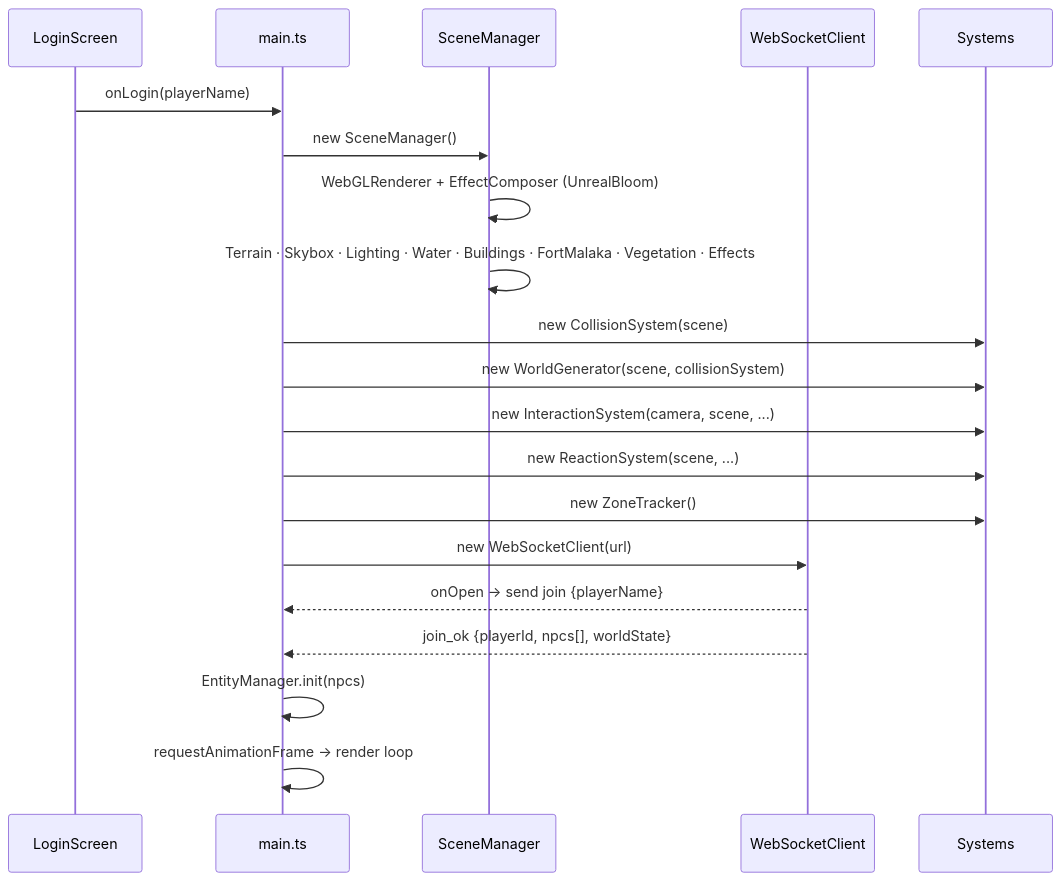
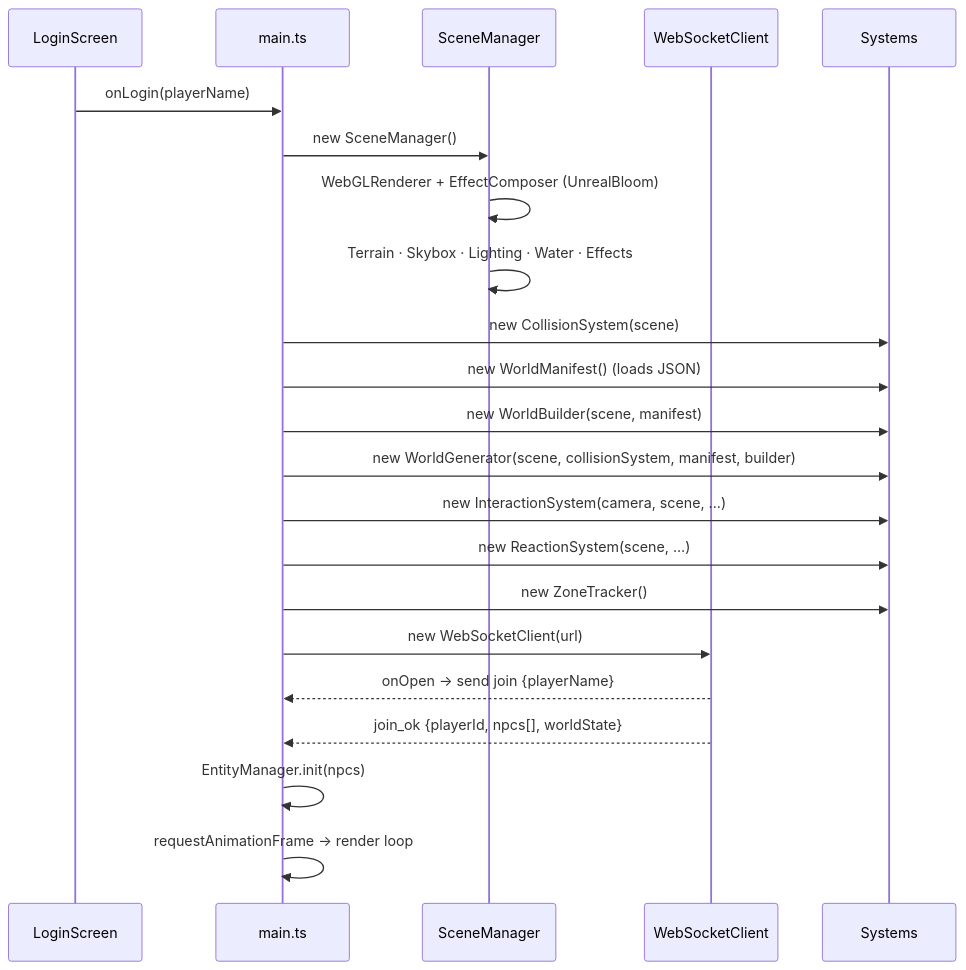
The second of 8 diagrams in client/ARCHITECTURE.md (Zaexv/world-of-prompcraft), drawn with Mermaid before and after one commit. The commit also changed other lines of this file and 1 other file, not shown here.

Commit message:
docs: update architecture docs for zonal manifest overhaul

````diff
--- a/client/ARCHITECTURE.md
+++ b/client/ARCHITECTURE.md
@@ -79,23 +79,25 @@
 ```mermaid
 sequenceDiagram
     participant L as LoginScreen
     participant M as main.ts
     participant SM as SceneManager
     participant WS as WebSocketClient
     participant SYS as Systems
 
     L->>M: onLogin(playerName)
     M->>SM: new SceneManager()
     SM->>SM: WebGLRenderer + EffectComposer (UnrealBloom)
-    SM->>SM: Terrain · Skybox · Lighting · Water · Buildings · FortMalaka · Vegetation · Effects
+    SM->>SM: Terrain · Skybox · Lighting · Water · Effects
     M->>SYS: new CollisionSystem(scene)
-    M->>SYS: new WorldGenerator(scene, collisionSystem)
+    M->>SYS: new WorldManifest() (loads JSON)
+    M->>SYS: new WorldBuilder(scene, manifest)
+    M->>SYS: new WorldGenerator(scene, collisionSystem, manifest, builder)
     M->>SYS: new InteractionSystem(camera, scene, ...)
     M->>SYS: new ReactionSystem(scene, ...)
     M->>SYS: new ZoneTracker()
     M->>WS: new WebSocketClient(url)
     WS-->>M: onOpen → send join {playerName}
     WS-->>M: join_ok {playerId, npcs[], worldState}
     M->>M: EntityManager.init(npcs)
     M->>M: requestAnimationFrame → render loop
 ```
````
